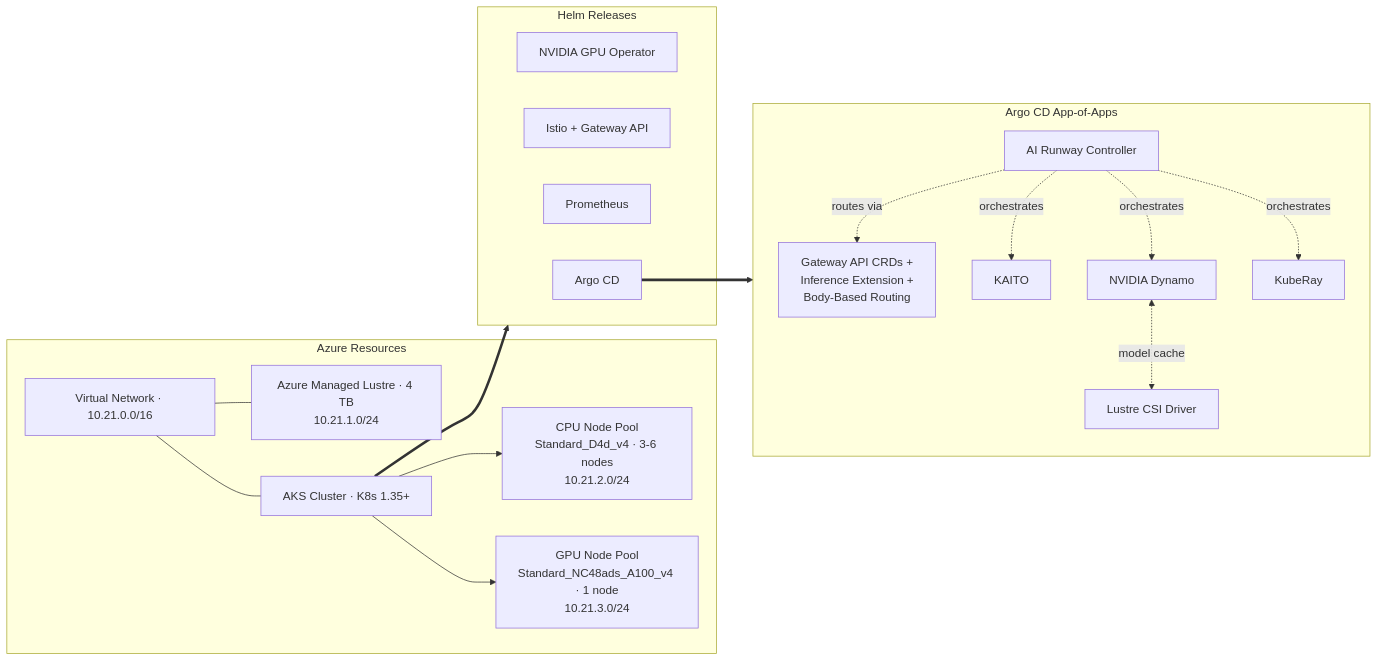
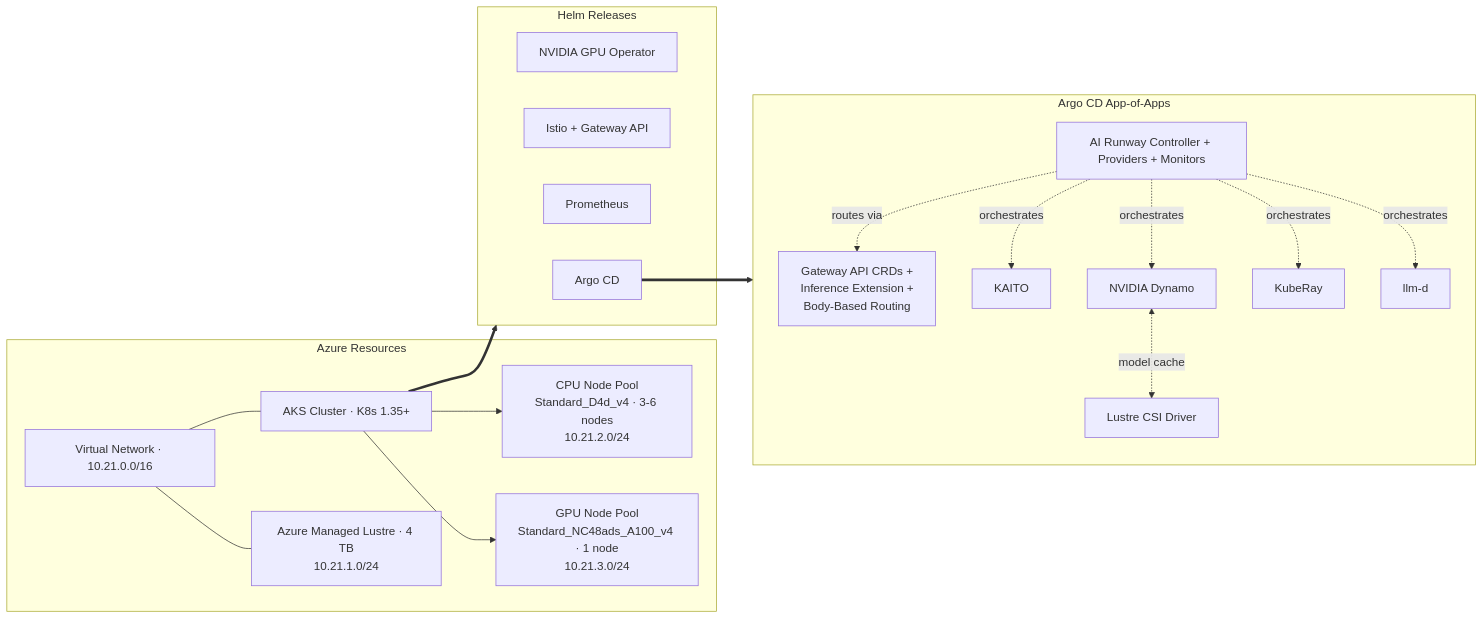
The diagram in docs/README.md (microsoft/Build26-LAB510-take-llms-from-prototype-to-production-on-aks), drawn with Mermaid before and after one commit. The commit also changed 3 other files, not shown here.

Commit message:
Update architecture diagrams in README and appendix, add missing Lustre component and clarify AI Runway orchestration

````diff
--- a/docs/README.md
+++ b/docs/README.md
@@ -83,40 +83,42 @@
 ```mermaid
 graph LR
     subgraph Azure["Azure Resources"]
         VNet["Virtual Network · 10.21.0.0/16"]
+        AKS["AKS Cluster · K8s 1.35+"]
         Lustre["Azure Managed Lustre · 4 TB<br/>10.21.1.0/24"]
-        AKS["AKS Cluster · K8s 1.35+"]
         DefaultNP["CPU Node Pool<br/>Standard_D4d_v4 · 3-6 nodes<br/>10.21.2.0/24"]
         InferenceNP["GPU Node Pool<br/>Standard_NC48ads_A100_v4 · 1 node<br/>10.21.3.0/24"]
     end
 
     subgraph Installed["Helm Releases"]
         GPU["NVIDIA GPU Operator"]
         Istio["Istio + Gateway API"]
         Prom["Prometheus"]
         ArgoCD["Argo CD"]
     end
 
     subgraph Apps["Argo CD App-of-Apps"]
         GW["Gateway API CRDs +<br/>Inference Extension +<br/>Body-Based Routing"]
-        AIRunway["AI Runway Controller"]
+        AIRunway["AI Runway Controller + Providers + Monitors"]
         KAITO["KAITO"]
         Dynamo["NVIDIA Dynamo"]
+        llm-d[llm-d]
         LustreCSI["Lustre CSI Driver"]
         KubeRay["KubeRay"]
     end
 
     VNet --- AKS
     VNet --- Lustre
     AKS --> DefaultNP
     AKS --> InferenceNP
 
     AKS ==> Installed
     ArgoCD ==> Apps
 
     AIRunway -.->|orchestrates| KAITO
     AIRunway -.->|orchestrates| Dynamo
     AIRunway -.->|orchestrates| KubeRay
+    AIRunway -.->|orchestrates| llm-d
     AIRunway -.->|routes via| GW
     Dynamo <-.->|model cache| LustreCSI
 ```
````
